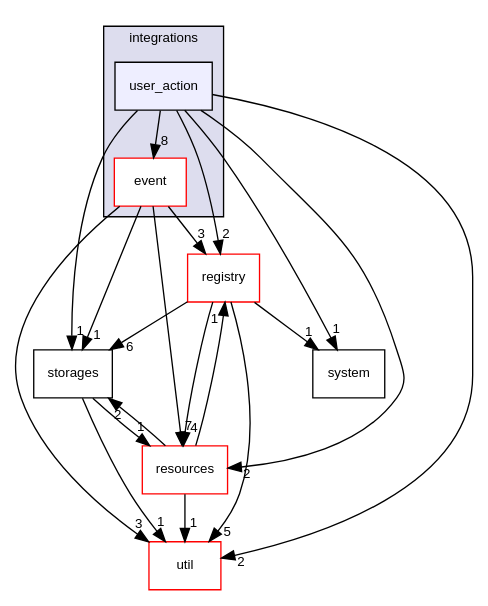
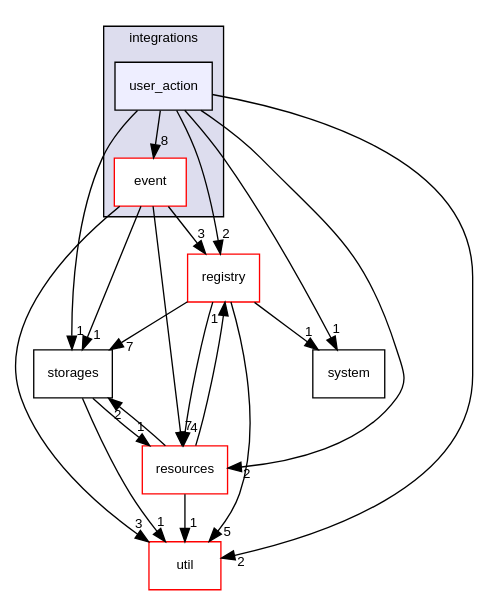
Before and after one commit to AndreasLrx/ecstasy: the diagram in dir_da07c146226cec2bcba924cc27644298_dep.dot, drawn with Graphviz. The commit also changed 394 other files, not shown here.

```diff
--- a/dir_da07c146226cec2bcba924cc27644298_dep.dot
+++ b/dir_da07c146226cec2bcba924cc27644298_dep.dot
@@ -1,34 +1,34 @@
 digraph "src/ecstasy/integrations/user_action" {
   compound=true
   node [ fontsize="10", fontname="Helvetica"];
   edge [ labelfontsize="10", labelfontname="Helvetica"];
   subgraph clusterdir_f15917d6366dfa96c32563b53409824a {
     graph [ bgcolor="#ddddee", pencolor="black", label="integrations" fontname="Helvetica", fontsize="10", URL="dir_f15917d6366dfa96c32563b53409824a.html"]
   dir_183c73d974247df0fabaedf6b9eb94ef [shape=box label="event" fillcolor="white" style="filled" color="red" URL="dir_183c73d974247df0fabaedf6b9eb94ef.html"];
   dir_da07c146226cec2bcba924cc27644298 [shape=box, label="user_action", style="filled", fillcolor="#eeeeff", pencolor="black", URL="dir_da07c146226cec2bcba924cc27644298.html"];
   }
   dir_27d9dd95bf0309eb27f3bb61fbabadeb [shape=box label="registry" fillcolor="white" style="filled" color="red" URL="dir_27d9dd95bf0309eb27f3bb61fbabadeb.html"];
   dir_4a1419ba0e8125a1fc6aeccf1492e850 [shape=box label="storages" URL="dir_4a1419ba0e8125a1fc6aeccf1492e850.html"];
   dir_8c1a170fbd0a5283d7ed264cf6df56b3 [shape=box label="resources" fillcolor="white" style="filled" color="red" URL="dir_8c1a170fbd0a5283d7ed264cf6df56b3.html"];
   dir_b7878ad5ecbf2506f4125b9d34c97e45 [shape=box label="util" fillcolor="white" style="filled" color="red" URL="dir_b7878ad5ecbf2506f4125b9d34c97e45.html"];
   dir_bb1f71bfffde0d1688dd5f7686f27ec6 [shape=box label="system" URL="dir_bb1f71bfffde0d1688dd5f7686f27ec6.html"];
   dir_4a1419ba0e8125a1fc6aeccf1492e850->dir_8c1a170fbd0a5283d7ed264cf6df56b3 [headlabel="1", labeldistance=1.5 headhref="dir_000020_000018.html"];
   dir_4a1419ba0e8125a1fc6aeccf1492e850->dir_b7878ad5ecbf2506f4125b9d34c97e45 [headlabel="1", labeldistance=1.5 headhref="dir_000020_000026.html"];
   dir_8c1a170fbd0a5283d7ed264cf6df56b3->dir_27d9dd95bf0309eb27f3bb61fbabadeb [headlabel="1", labeldistance=1.5 headhref="dir_000018_000015.html"];
   dir_8c1a170fbd0a5283d7ed264cf6df56b3->dir_4a1419ba0e8125a1fc6aeccf1492e850 [headlabel="2", labeldistance=1.5 headhref="dir_000018_000020.html"];
   dir_8c1a170fbd0a5283d7ed264cf6df56b3->dir_b7878ad5ecbf2506f4125b9d34c97e45 [headlabel="1", labeldistance=1.5 headhref="dir_000018_000026.html"];
-  dir_27d9dd95bf0309eb27f3bb61fbabadeb->dir_4a1419ba0e8125a1fc6aeccf1492e850 [headlabel="6", labeldistance=1.5 headhref="dir_000015_000020.html"];
+  dir_27d9dd95bf0309eb27f3bb61fbabadeb->dir_4a1419ba0e8125a1fc6aeccf1492e850 [headlabel="7", labeldistance=1.5 headhref="dir_000015_000020.html"];
   dir_27d9dd95bf0309eb27f3bb61fbabadeb->dir_8c1a170fbd0a5283d7ed264cf6df56b3 [headlabel="4", labeldistance=1.5 headhref="dir_000015_000018.html"];
   dir_27d9dd95bf0309eb27f3bb61fbabadeb->dir_b7878ad5ecbf2506f4125b9d34c97e45 [headlabel="5", labeldistance=1.5 headhref="dir_000015_000026.html"];
   dir_27d9dd95bf0309eb27f3bb61fbabadeb->dir_bb1f71bfffde0d1688dd5f7686f27ec6 [headlabel="1", labeldistance=1.5 headhref="dir_000015_000025.html"];
   dir_183c73d974247df0fabaedf6b9eb94ef->dir_27d9dd95bf0309eb27f3bb61fbabadeb [headlabel="3", labeldistance=1.5 headhref="dir_000003_000015.html"];
   dir_183c73d974247df0fabaedf6b9eb94ef->dir_4a1419ba0e8125a1fc6aeccf1492e850 [headlabel="1", labeldistance=1.5 headhref="dir_000003_000020.html"];
   dir_183c73d974247df0fabaedf6b9eb94ef->dir_8c1a170fbd0a5283d7ed264cf6df56b3 [headlabel="7", labeldistance=1.5 headhref="dir_000003_000018.html"];
   dir_183c73d974247df0fabaedf6b9eb94ef->dir_b7878ad5ecbf2506f4125b9d34c97e45 [headlabel="3", labeldistance=1.5 headhref="dir_000003_000026.html"];
   dir_da07c146226cec2bcba924cc27644298->dir_183c73d974247df0fabaedf6b9eb94ef [headlabel="8", labeldistance=1.5 headhref="dir_000024_000003.html"];
   dir_da07c146226cec2bcba924cc27644298->dir_27d9dd95bf0309eb27f3bb61fbabadeb [headlabel="2", labeldistance=1.5 headhref="dir_000024_000015.html"];
   dir_da07c146226cec2bcba924cc27644298->dir_4a1419ba0e8125a1fc6aeccf1492e850 [headlabel="1", labeldistance=1.5 headhref="dir_000024_000020.html"];
   dir_da07c146226cec2bcba924cc27644298->dir_8c1a170fbd0a5283d7ed264cf6df56b3 [headlabel="2", labeldistance=1.5 headhref="dir_000024_000018.html"];
   dir_da07c146226cec2bcba924cc27644298->dir_b7878ad5ecbf2506f4125b9d34c97e45 [headlabel="2", labeldistance=1.5 headhref="dir_000024_000026.html"];
   dir_da07c146226cec2bcba924cc27644298->dir_bb1f71bfffde0d1688dd5f7686f27ec6 [headlabel="1", labeldistance=1.5 headhref="dir_000024_000025.html"];
 }
```
